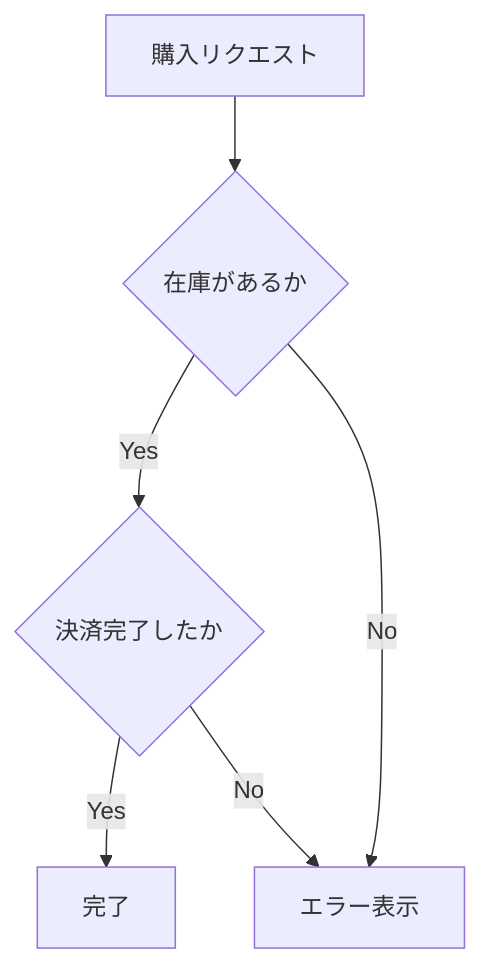
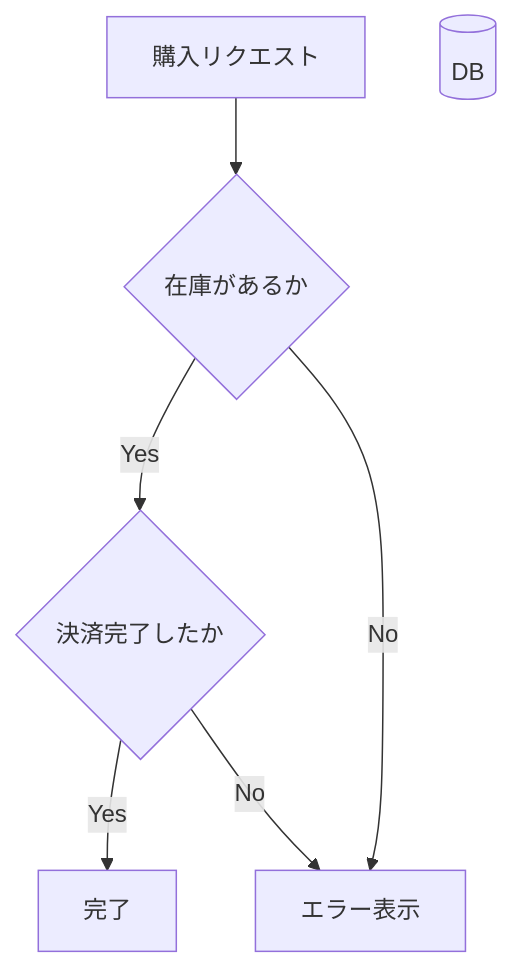
Before and after one commit to hiramiya523/template: the fourth of 4 diagrams in README.md, drawn with Mermaid.

````diff
--- a/README.md
+++ b/README.md
@@ -106,16 +106,18 @@
 ```mermaid
 graph TD
 
 Buy[購入リクエスト]
 IfStockExists{在庫があるか}
 IfPaymentSuccess{決済完了したか}
 ShowError[エラー表示]
 Complete[完了]
 
 Buy --> IfStockExists
 IfStockExists -->|Yes| IfPaymentSuccess
 IfStockExists -->|No| ShowError
 
 IfPaymentSuccess -->|Yes| Complete
 IfPaymentSuccess -->|No| ShowError
+
+F[(DB)]
 ```
````
